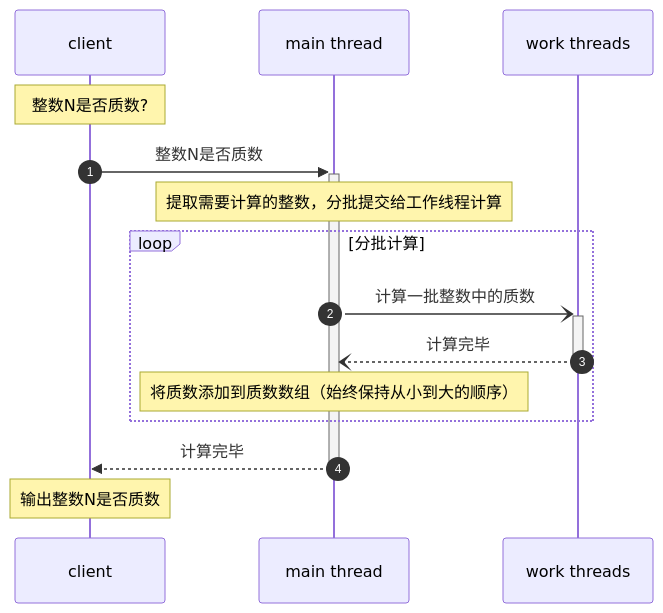
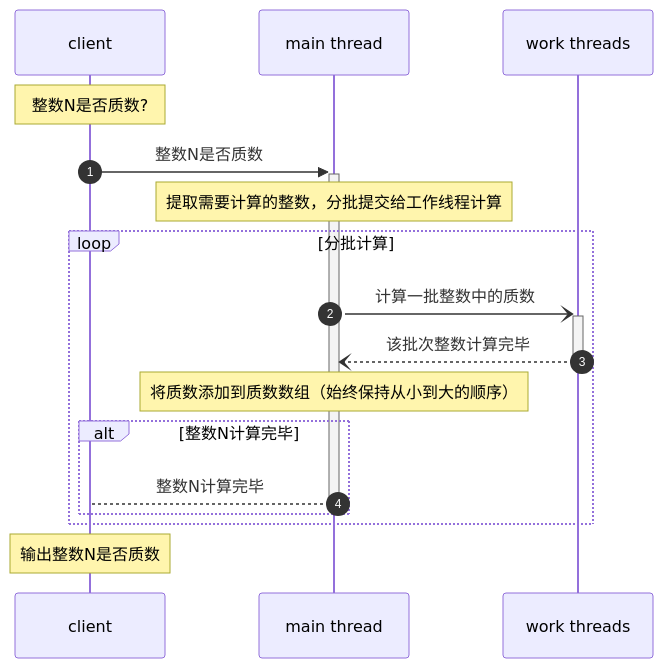
One commit to kanzihuang/go-labs changed the diagram in sync_lab/primeservice/README.md. Above: the diagram before and after it, drawn with Mermaid. The commit also changed 2 other files, not shown here.

Commit message:
重构质数计算，优化主线程和工作线程之间的交互

````diff
--- a/sync_lab/primeservice/README.md
+++ b/sync_lab/primeservice/README.md
@@ -5,20 +5,22 @@
 ```mermaid
 sequenceDiagram
     autonumber
     participant client as client
     participant main as main thread
     participant work as work threads
     
     note over client: 整数N是否质数?
     client ->>+ main: 整数N是否质数
     note over main: 提取需要计算的整数，分批提交给工作线程计算
     loop 分批计算
         main -)+ work: 计算一批整数中的质数
-        work --)- main: 计算完毕
+        work --)- main: 该批次整数计算完毕
         note over main: 将质数添加到质数数组（始终保持从小到大的顺序）
+        alt 整数N计算完毕
+            main -->- client: 整数N计算完毕
+        end
     end        
-    main -->>- client: 计算完毕
     note over client: 输出整数N是否质数
 
 
 ```
````
